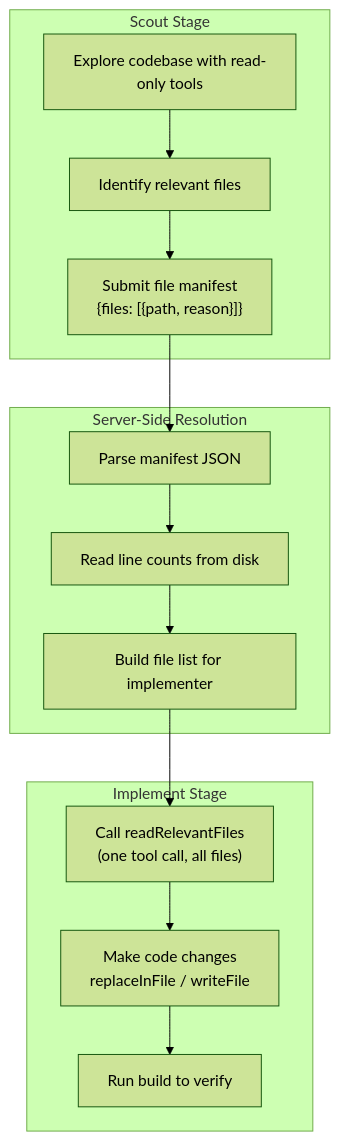
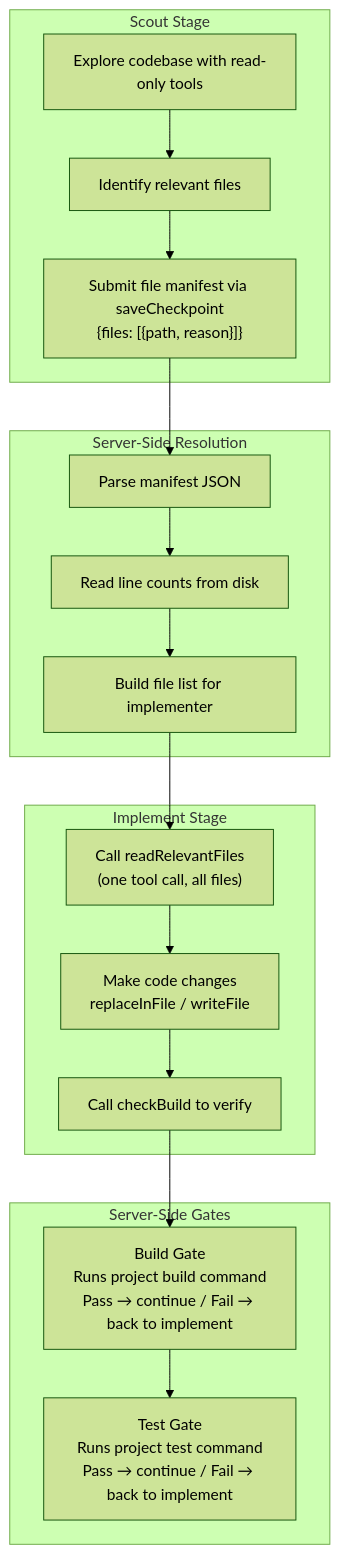
Before and after one commit to reffdev/auto-swe: the second of 2 diagrams in docs/architecture/02-pipeline-stages.md, drawn with Mermaid (forest theme). The commit also changed other lines of this file and 7 other files, not shown here.

````diff
--- a/docs/architecture/02-pipeline-stages.md
+++ b/docs/architecture/02-pipeline-stages.md
@@ -30,26 +38,33 @@
 ```mermaid
 graph TD
     subgraph Scout["Scout Stage"]
         S1[Explore codebase with read-only tools]
         S2[Identify relevant files]
-        S3["Submit file manifest\n{files: [{path, reason}]}"]
+        S3["Submit file manifest via saveCheckpoint\n{files: [{path, reason}]}"]
         S1 --> S2 --> S3
     end
 
     subgraph Resolve["Server-Side Resolution"]
         R1["Parse manifest JSON"]
         R2["Read line counts from disk"]
         R3["Build file list for implementer"]
         R1 --> R2 --> R3
     end
 
     subgraph Impl["Implement Stage"]
         I1["Call readRelevantFiles\n(one tool call, all files)"]
         I2["Make code changes\nreplaceInFile / writeFile"]
-        I3["Run build to verify"]
+        I3["Call checkBuild to verify"]
         I1 --> I2 --> I3
+    end
+
+    subgraph Gates["Server-Side Gates"]
+        BG["Build Gate\nRuns project build command\nPass → continue / Fail → back to implement"]
+        TG["Test Gate\nRuns project test command\nPass → continue / Fail → back to implement"]
     end
 
     S3 --> R1
     R3 --> I1
+    I3 --> BG
+    BG --> TG
 ```
````
